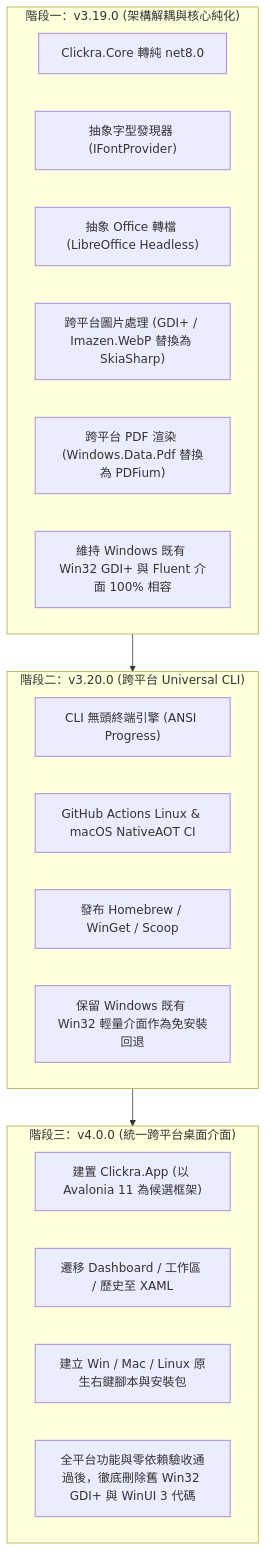
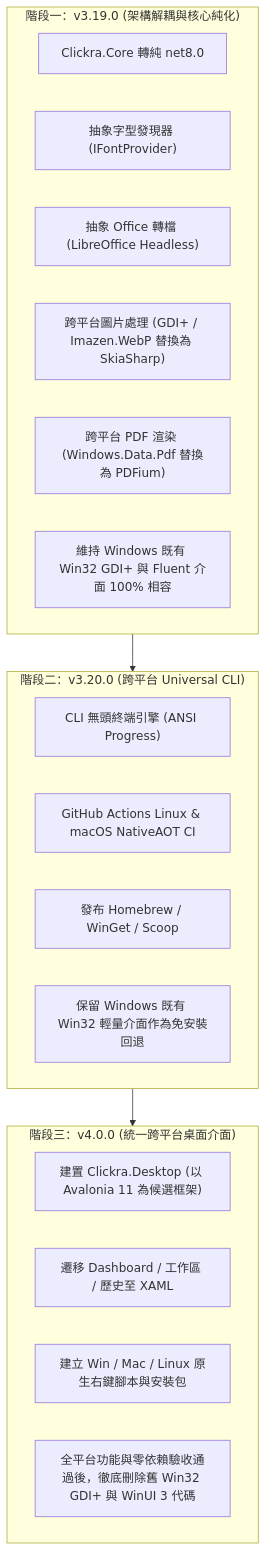
One commit to Youchenjiang/Clickra changed the diagram in docs/specs/v4_cross_platform_unification.md. Above: the diagram before and after it, drawn with Mermaid. The commit also changed other lines of this file and 3 other files, not shown here.

````diff
--- a/docs/specs/v4_cross_platform_unification.md
+++ b/docs/specs/v4_cross_platform_unification.md
@@ -94,27 +94,27 @@
 ```mermaid
 flowchart TD
     subgraph Phase1["階段一：v3.19.0 (架構解耦與核心純化)"]
         P1_1["Clickra.Core 轉純 net8.0"]
         P1_2["抽象字型發現器 (IFontProvider)"]
         P1_3["抽象 Office 轉檔 (LibreOffice Headless)"]
         P1_4["跨平台圖片處理 (GDI+ / Imazen.WebP 替換為 SkiaSharp)"]
         P1_5["跨平台 PDF 渲染 (Windows.Data.Pdf 替換為 PDFium)"]
         P1_6["維持 Windows 既有 Win32 GDI+ 與 Fluent 介面 100% 相容"]
     end
 
     subgraph Phase2["階段二：v3.20.0 (跨平台 Universal CLI)"]
         P2_1["CLI 無頭終端引擎 (ANSI Progress)"]
         P2_2["GitHub Actions Linux & macOS NativeAOT CI"]
         P2_3["發布 Homebrew / WinGet / Scoop"]
         P2_4["保留 Windows 既有 Win32 輕量介面作為免安裝回退"]
     end
 
     subgraph Phase3["階段三：v4.0.0 (統一跨平台桌面介面)"]
-        P3_1["建置 Clickra.App (以 Avalonia 11 為候選框架)"]
+        P3_1["建置 Clickra.Desktop (以 Avalonia 11 為候選框架)"]
         P3_2["遷移 Dashboard / 工作區 / 歷史至 XAML"]
         P3_3["建立 Win / Mac / Linux 原生右鍵腳本與安裝包"]
         P3_4["全平台功能與零依賴驗收通過後，徹底刪除舊 Win32 GDI+ 與 WinUI 3 代碼"]
     end
 
     Phase1 --> Phase2 --> Phase3
 ```
````
